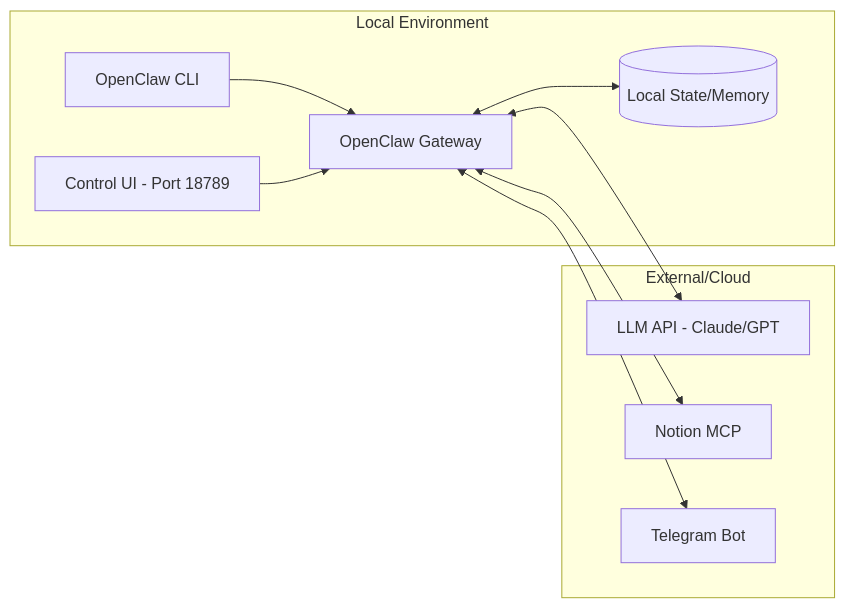
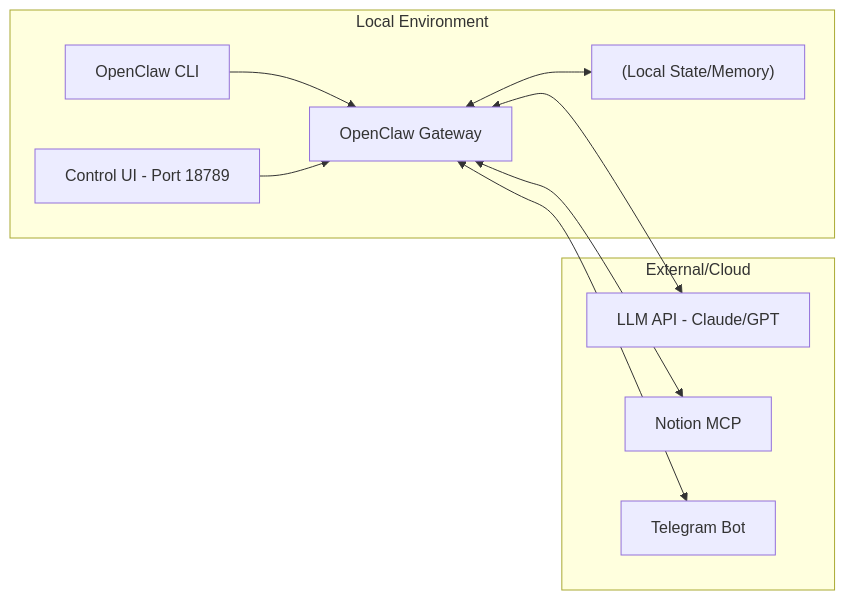
One commit to rebugui/rebugui.github.io changed the first of 2 diagrams in content/post/AI/-MoltBot-구축-마스터-가이드/index.md. Above: the diagram before and after it, drawn with Mermaid. The commit also changed 430 other files, not shown here.

Commit message:
fix: 표 깨짐 424글 복구(Notion 왕복 collapse) + mermaid 문법오류 7건 교정(괄호 라벨 따옴표·기형 엣지·placeholder 제거)

````diff
--- a/content/post/AI/-MoltBot-구축-마스터-가이드/index.md
+++ b/content/post/AI/-MoltBot-구축-마스터-가이드/index.md
@@ -190,22 +190,22 @@
 ```mermaid
 graph LR
     subgraph "Local Environment"
         CLI[OpenClaw CLI]
         UI[Control UI - Port 18789]
         Core[OpenClaw Gateway]
-        DB[(Local State/Memory)]
+        DB["(Local State/Memory)"]
     end
 
     subgraph "External/Cloud"
         LLM[LLM API - Claude/GPT]
         Notion[Notion MCP]
         Tg[Telegram Bot]
     end
 
     CLI --> Core
     UI --> Core
     Core <--> DB
     Core <--> LLM
     Core <--> Notion
     Core <--> Tg
 ```
````
